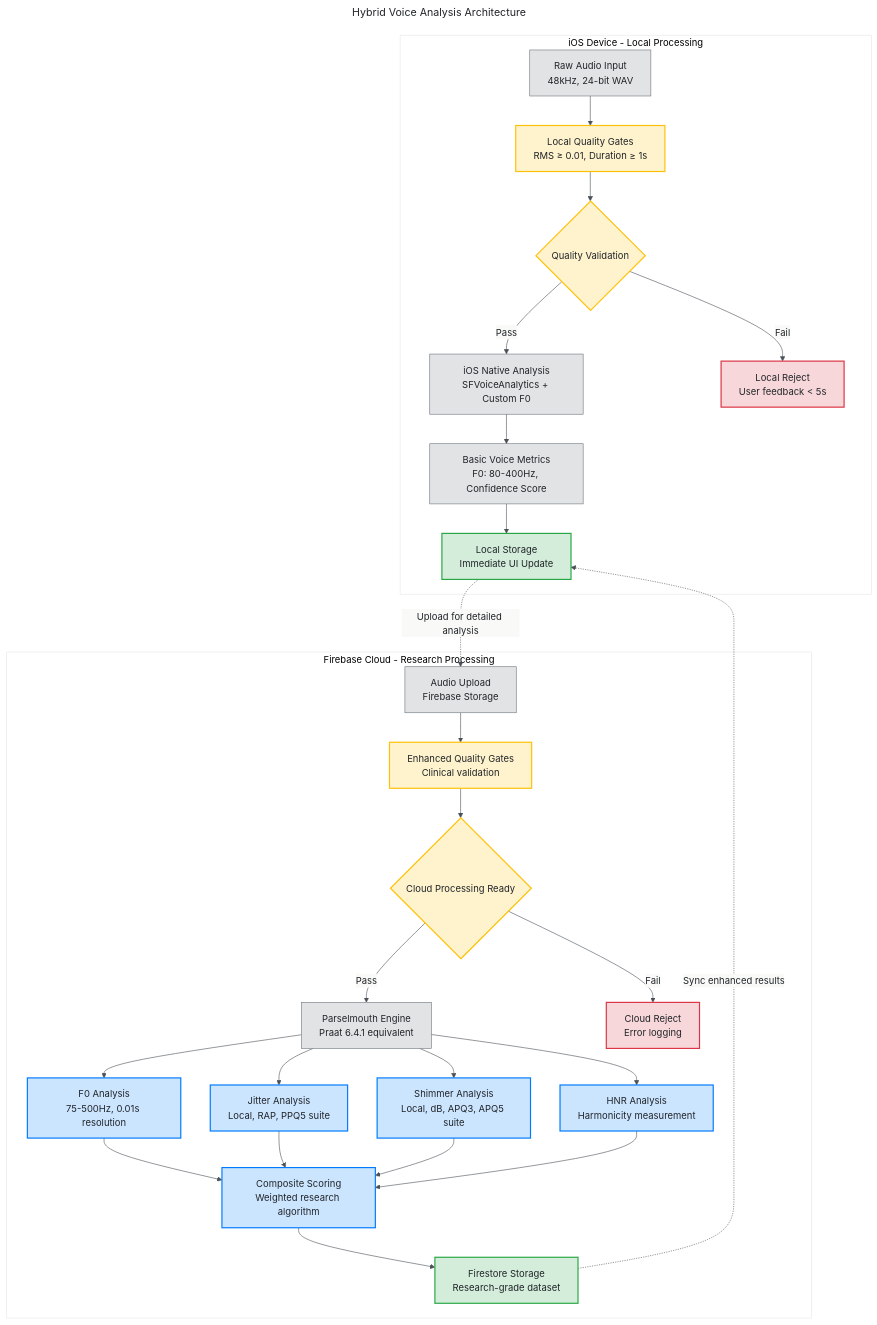
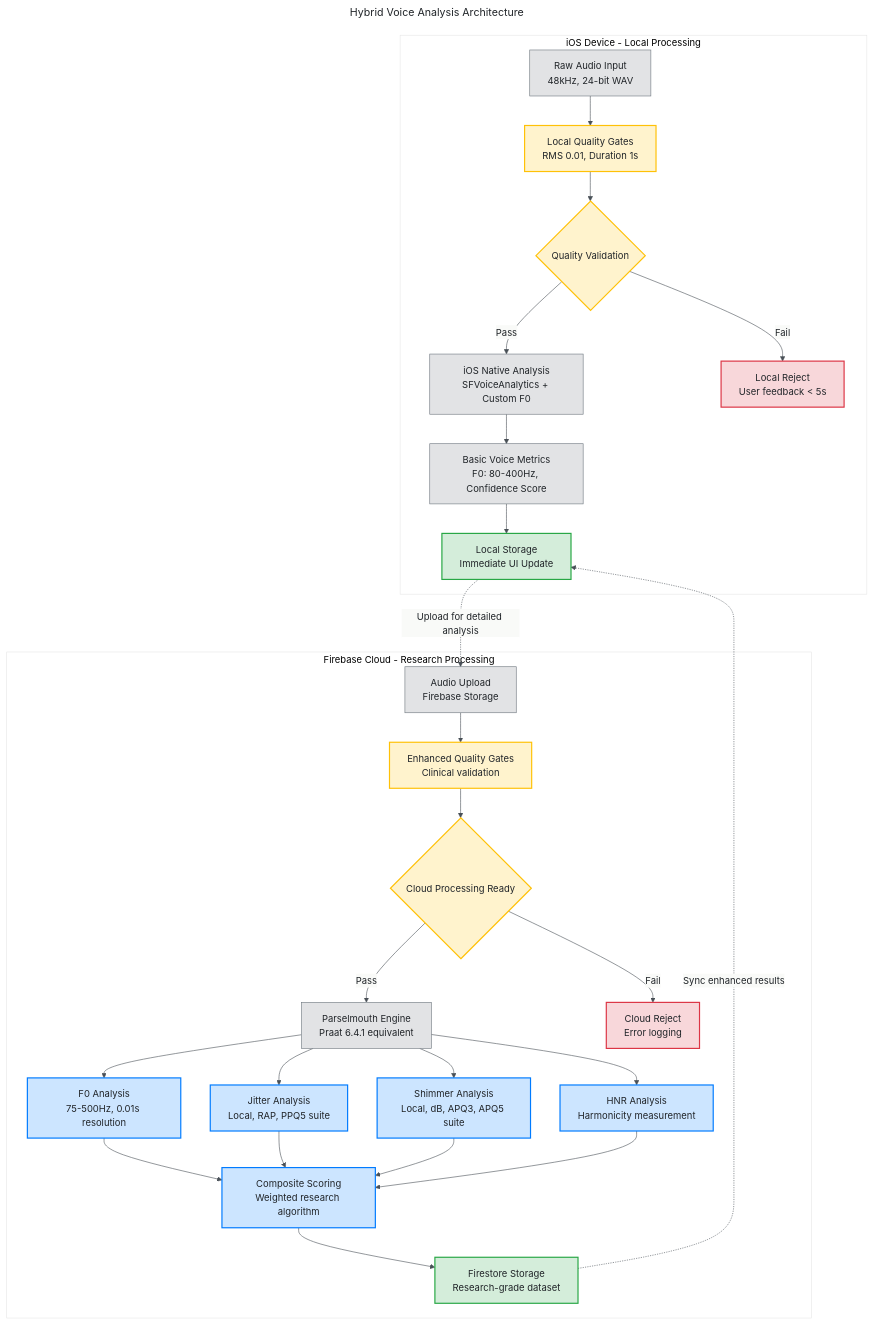
Before and after one commit to PoisonIvory/sage: the first of 5 diagrams in DATA_PIPELINE.md, drawn with Mermaid. The commit also changed other lines of this file and 18 other files, not shown here.

````diff
--- a/DATA_PIPELINE.md
+++ b/DATA_PIPELINE.md
@@ -15,56 +15,56 @@
 ```mermaid
 ---
 title: Hybrid Voice Analysis Architecture
 config:
   theme: base
   themeVariables:
     primaryColor: '#f8f9fa'
     primaryTextColor: '#212529'
     primaryBorderColor: '#6c757d'
     lineColor: '#495057'
 ---
 flowchart TB
     subgraph "iOS Device - Local Processing"
-        A[Raw Audio Input<br/>48kHz, 24-bit WAV] --> B[Local Quality Gates<br/>RMS ≥ 0.01, Duration ≥ 1s]
+        A[Raw Audio Input<br/>48kHz, 24-bit WAV] --> B[Local Quality Gates<br/>RMS  0.01, Duration  1s]
         B --> C{Quality Validation}
         C -->|Pass| D[iOS Native Analysis<br/>SFVoiceAnalytics + Custom F0]
         C -->|Fail| E[Local Reject<br/>User feedback < 5s]
         
         D --> F[Basic Voice Metrics<br/>F0: 80-400Hz, Confidence Score]
         F --> G[Local Storage<br/>Immediate UI Update]
     end
     
     subgraph "Firebase Cloud - Research Processing"
         H[Audio Upload<br/>Firebase Storage] --> I[Enhanced Quality Gates<br/>Clinical validation]
         I --> J{Cloud Processing Ready}
         J -->|Pass| K[Parselmouth Engine<br/>Praat 6.4.1 equivalent]
         J -->|Fail| L[Cloud Reject<br/>Error logging]
         
         K --> M[F0 Analysis<br/>75-500Hz, 0.01s resolution]
         K --> N[Jitter Analysis<br/>Local, RAP, PPQ5 suite]
         K --> O[Shimmer Analysis<br/>Local, dB, APQ3, APQ5 suite]
         K --> P[HNR Analysis<br/>Harmonicity measurement]
         
         M --> Q[Composite Scoring<br/>Weighted research algorithm]
         N --> Q
         O --> Q
         P --> Q
         
         Q --> R[Firestore Storage<br/>Research-grade dataset]
     end
     
     G -.->|Upload for detailed analysis| H
     R -.->|Sync enhanced results| G
     
     classDef success fill:#d4edda,stroke:#28a745,stroke-width:2px
     classDef error fill:#f8d7da,stroke:#dc3545,stroke-width:2px
     classDef validation fill:#fff3cd,stroke:#ffc107,stroke-width:2px
     classDef processing fill:#e2e3e5,stroke:#6c757d,stroke-width:1px
     classDef math fill:#cce5ff,stroke:#007bff,stroke-width:2px
     
     class A,D,F,H,K processing
     class B,C,I,J validation
     class M,N,O,P,Q math
     class G,R success
     class E,L error
 ```
````
